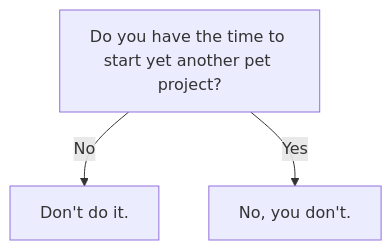
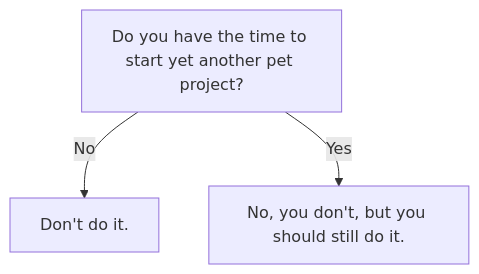
Before and after one commit to NikeNano/mermaid: the diagram in README.md, drawn with Mermaid.

Commit message:
fix: minor fix

````diff
--- a/README.md
+++ b/README.md
@@ -5,6 +5,6 @@
 ```mermaid
 flowchart TD
 	a[Do you have the time to start yet another pet project?]
 	a --> |No| b[Don't do it.]
-	a --> |Yes| c[No, you don't.]
+	a --> |Yes| c[No, you don't, but you should still do it.]
 ```
````
